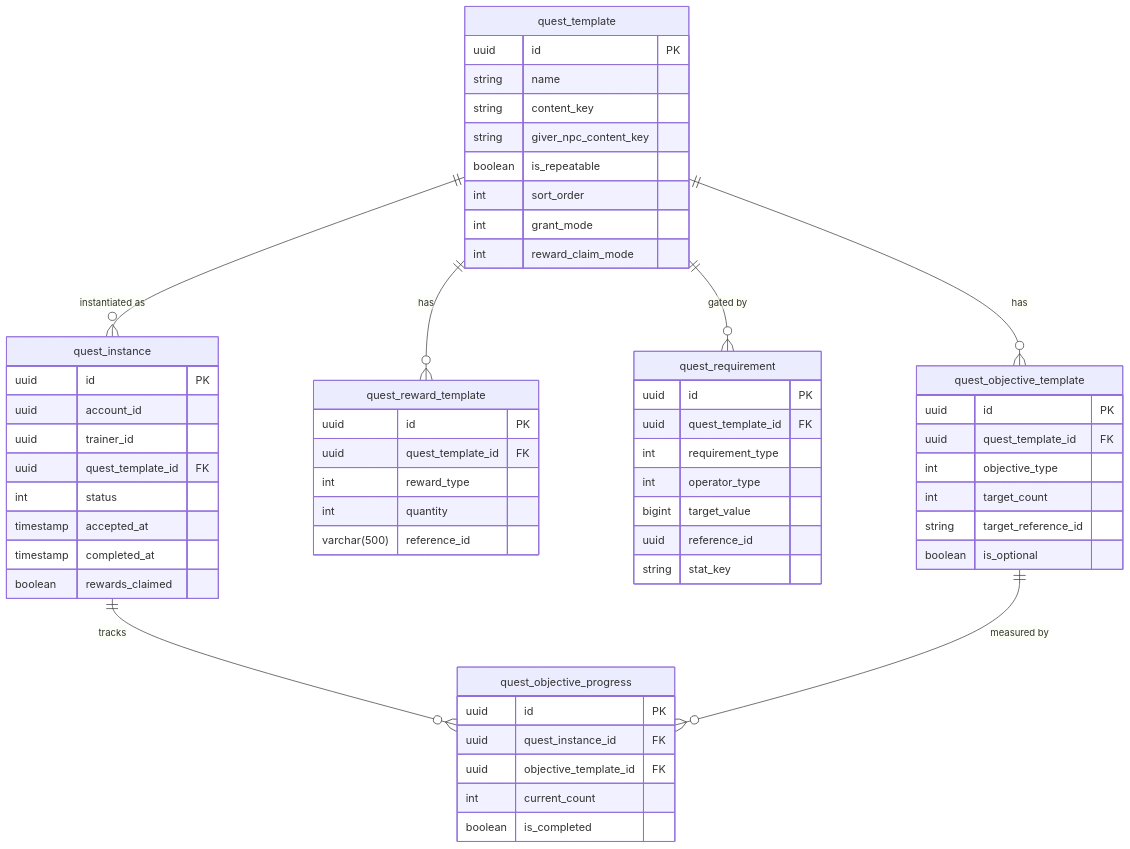
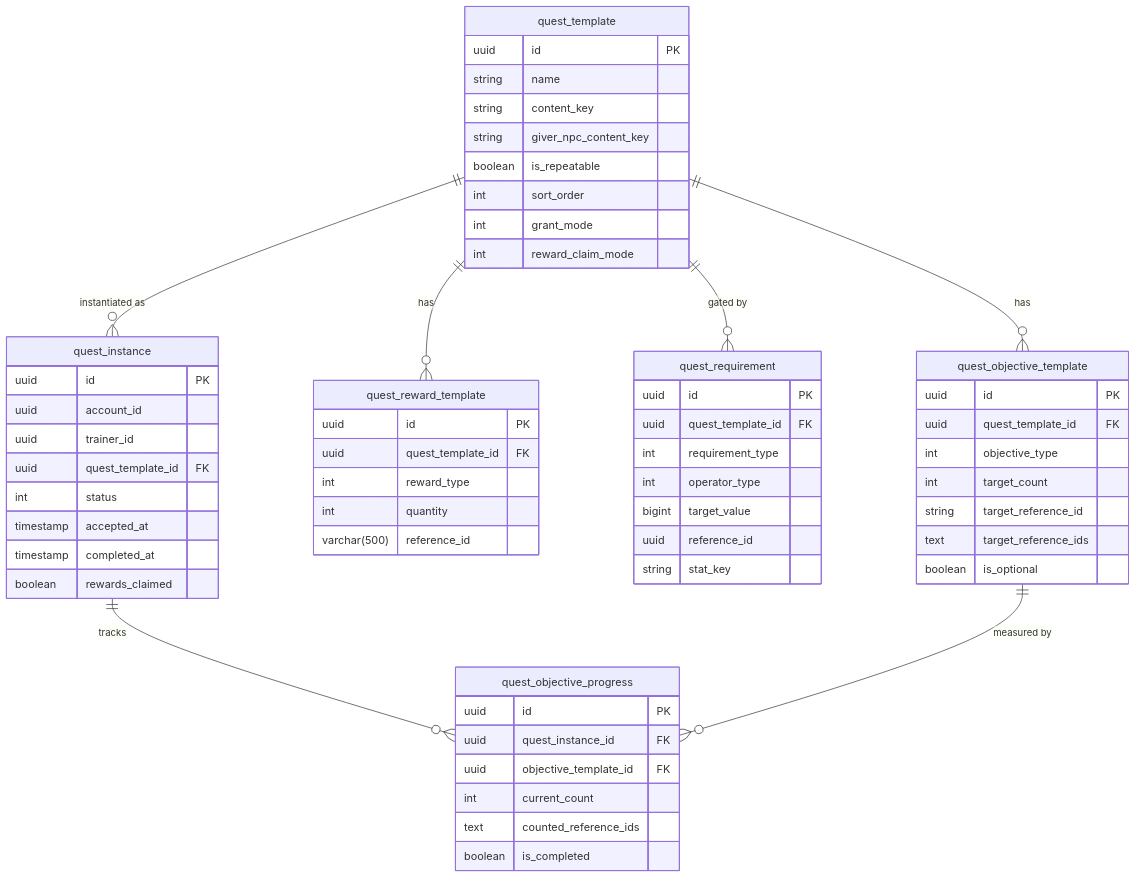
The diagram in docs/backend/07-quest-system.md (CrystallineRift/cr-docs), drawn with Mermaid before and after one commit. The commit also changed other lines of this file and 6 other files, not shown here.

````diff
--- a/docs/backend/07-quest-system.md
+++ b/docs/backend/07-quest-system.md
@@ -29,61 +29,63 @@
 ```mermaid
 erDiagram
     quest_template {
         uuid id PK
         string name
         string content_key
         string giver_npc_content_key
         boolean is_repeatable
         int sort_order
         int grant_mode
         int reward_claim_mode
     }
     quest_objective_template {
         uuid id PK
         uuid quest_template_id FK
         int objective_type
         int target_count
         string target_reference_id
+        text target_reference_ids
         boolean is_optional
     }
     quest_reward_template {
         uuid id PK
         uuid quest_template_id FK
         int reward_type
         int quantity
         varchar(500) reference_id
     }
     quest_requirement {
         uuid id PK
         uuid quest_template_id FK
         int requirement_type
         int operator_type
         bigint target_value
         uuid reference_id
         string stat_key
     }
     quest_instance {
         uuid id PK
         uuid account_id
         uuid trainer_id
         uuid quest_template_id FK
         int status
         timestamp accepted_at
         timestamp completed_at
         boolean rewards_claimed
     }
     quest_objective_progress {
         uuid id PK
         uuid quest_instance_id FK
         uuid objective_template_id FK
         int current_count
+        text counted_reference_ids
         boolean is_completed
     }
 
     quest_template ||--o{ quest_objective_template : "has"
     quest_template ||--o{ quest_reward_template : "has"
     quest_template ||--o{ quest_requirement : "gated by"
     quest_template ||--o{ quest_instance : "instantiated as"
     quest_instance ||--o{ quest_objective_progress : "tracks"
     quest_objective_template ||--o{ quest_objective_progress : "measured by"
 ```
````
